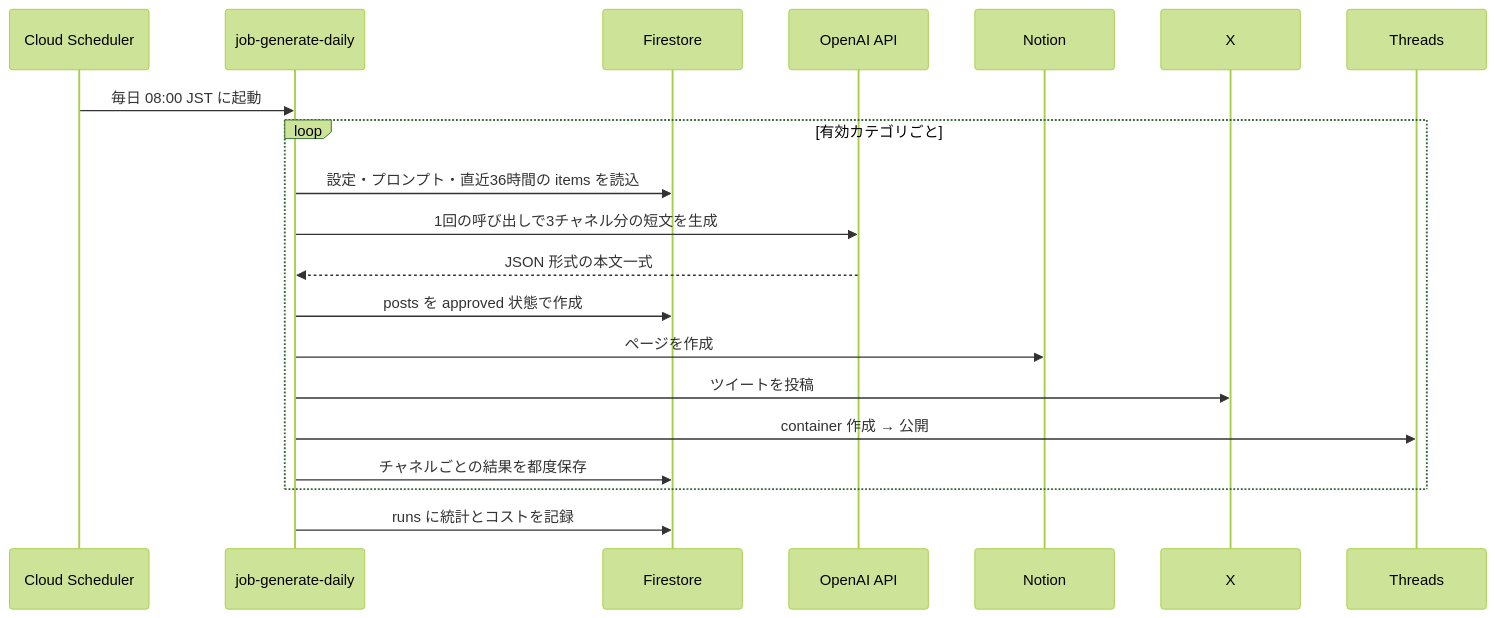
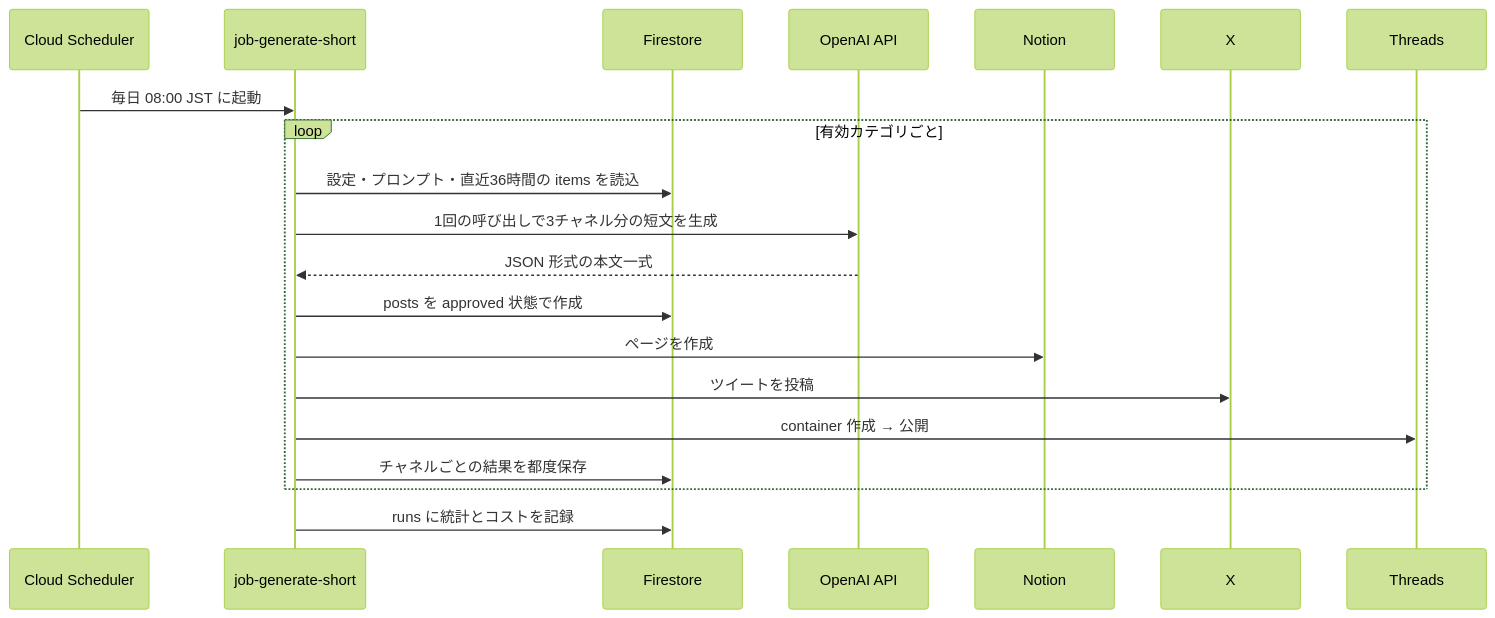
Before and after one commit to moc9058/trend-news-generator: the fourth of 8 diagrams in docs/tech-report/02-architecture.md, drawn with Mermaid (forest theme). The commit also changed other lines of this file and 65 other files, not shown here.

````diff
--- a/docs/tech-report/02-architecture.md
+++ b/docs/tech-report/02-architecture.md
@@ -158,23 +158,23 @@
 ```mermaid
 sequenceDiagram
     participant SCH as Cloud Scheduler
-    participant JOB as job-generate-daily
+    participant JOB as job-generate-short
     participant FS as Firestore
     participant AI as OpenAI API
     participant NO as Notion
     participant X as X
     participant TH as Threads
 
     SCH->>JOB: 毎日 08:00 JST に起動
     loop 有効カテゴリごと
         JOB->>FS: 設定・プロンプト・直近36時間の items を読込
         JOB->>AI: 1回の呼び出しで3チャネル分の短文を生成
         AI-->>JOB: JSON 形式の本文一式
         JOB->>FS: posts を approved 状態で作成
         JOB->>NO: ページを作成
         JOB->>X: ツイートを投稿
         JOB->>TH: container 作成 → 公開
         JOB->>FS: チャネルごとの結果を都度保存
     end
     JOB->>FS: runs に統計とコストを記録
 ```
````
